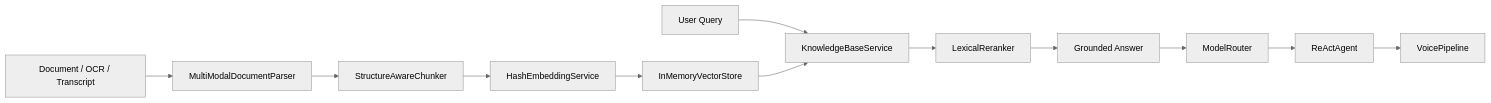
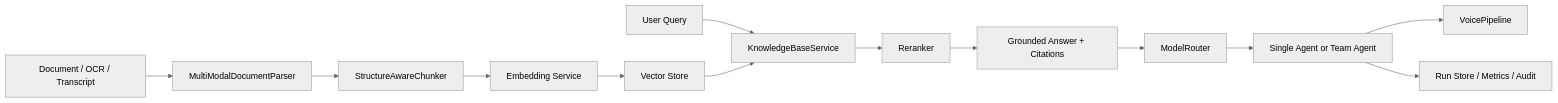
One commit to thesky1231/Legal-Agentic-Knowledge-Platform changed the diagram in README.md. Above: the diagram before and after it, drawn with Mermaid (neutral theme). The commit also changed other lines of this file, not shown here.

````diff
--- a/README.md
+++ b/README.md
@@ -23,14 +37,15 @@
 ```mermaid
 flowchart LR
     A["Document / OCR / Transcript"] --> B["MultiModalDocumentParser"]
     B --> C["StructureAwareChunker"]
-    C --> D["HashEmbeddingService"]
-    D --> E["InMemoryVectorStore"]
+    C --> D["Embedding Service"]
+    D --> E["Vector Store"]
     Q["User Query"] --> F["KnowledgeBaseService"]
     E --> F
-    F --> G["LexicalReranker"]
-    G --> H["Grounded Answer"]
+    F --> G["Reranker"]
+    G --> H["Grounded Answer + Citations"]
     H --> I["ModelRouter"]
-    I --> J["ReActAgent"]
+    I --> J["Single Agent or Team Agent"]
     J --> K["VoicePipeline"]
+    J --> L["Run Store / Metrics / Audit"]
 ```
````
